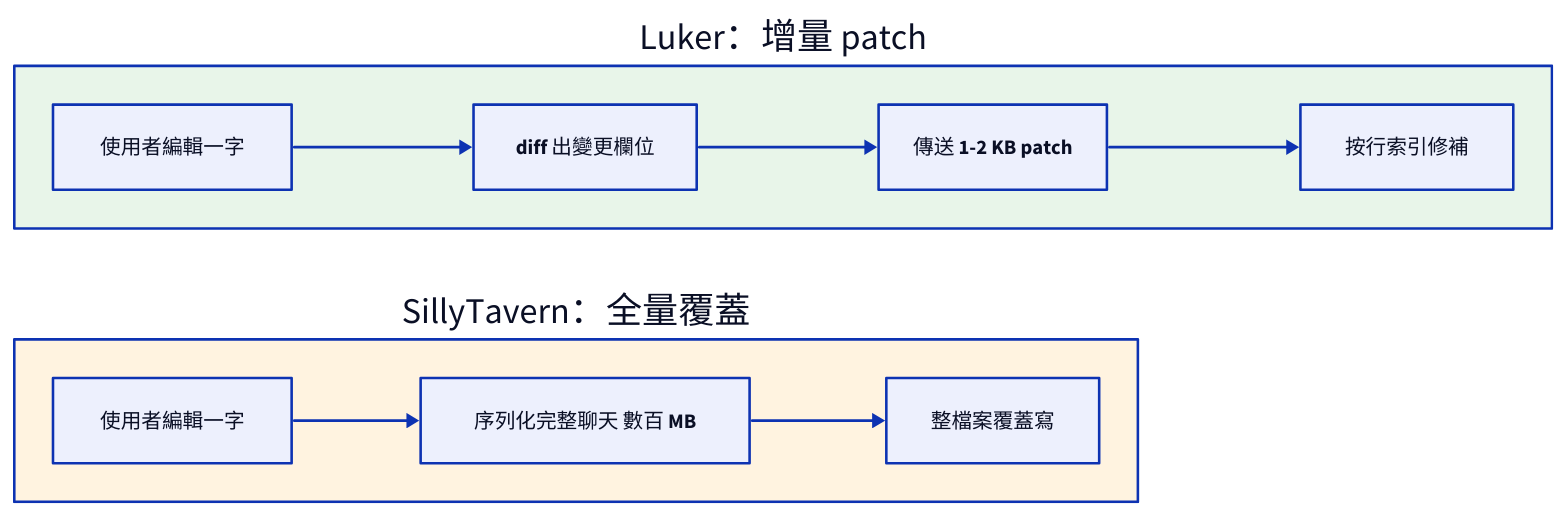
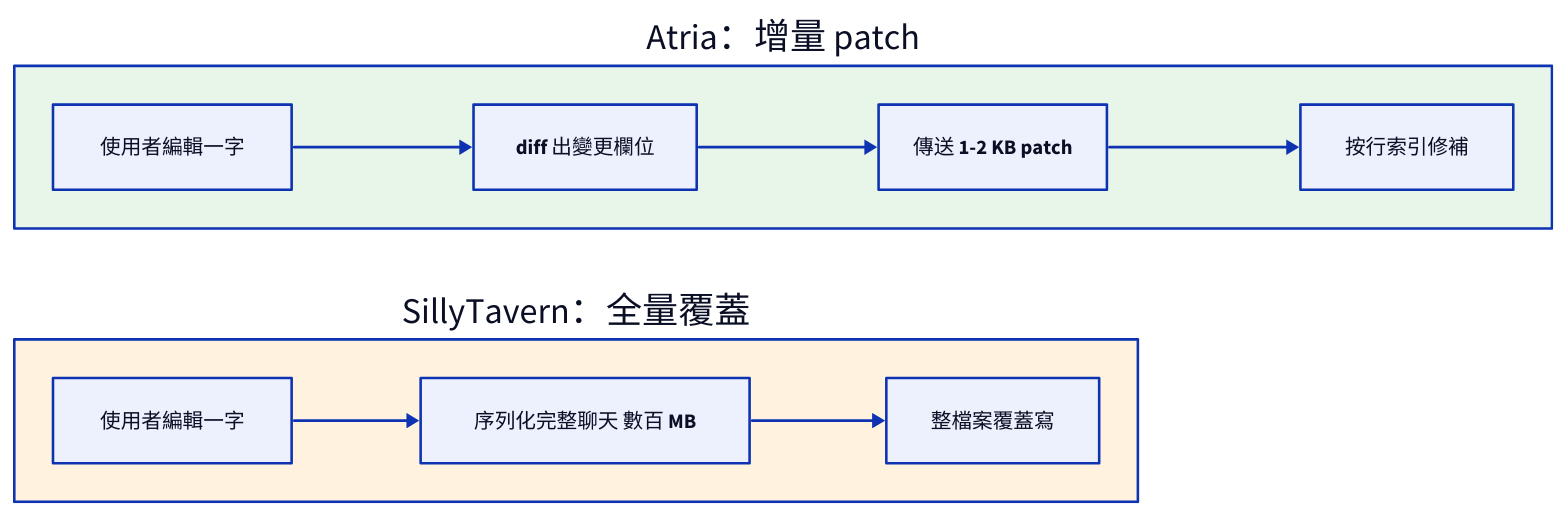
Before and after one commit to ZZZdragondYNGPHX/Atria: the first of 2 diagrams in docs/zh-TW/improvements/incremental-sync.md, drawn with D2. The commit also changed other lines of this file and 1235 other files, not shown here.

````diff
--- a/docs/zh-TW/improvements/incremental-sync.md
+++ b/docs/zh-TW/improvements/incremental-sync.md
@@ -14,20 +14,20 @@
 ```d2
 direction: right
 
-LK: "Luker：增量 patch" {
+LK: "Atria：增量 patch" {
   style.fill: "#e8f5e9"
   edit: "使用者編輯一字"
   diff: "diff 出變更欄位"
   patch: "傳送 1-2 KB patch"
   apply: "按行索引修補"
   edit -> diff -> patch -> apply
 }
 
 ST: "SillyTavern：全量覆蓋" {
   style.fill: "#fff3e0"
   edit: "使用者編輯一字"
   full: "序列化完整聊天 數百 MB"
   overwrite: "整檔案覆蓋寫"
   edit -> full -> overwrite
 }
 ```
````
